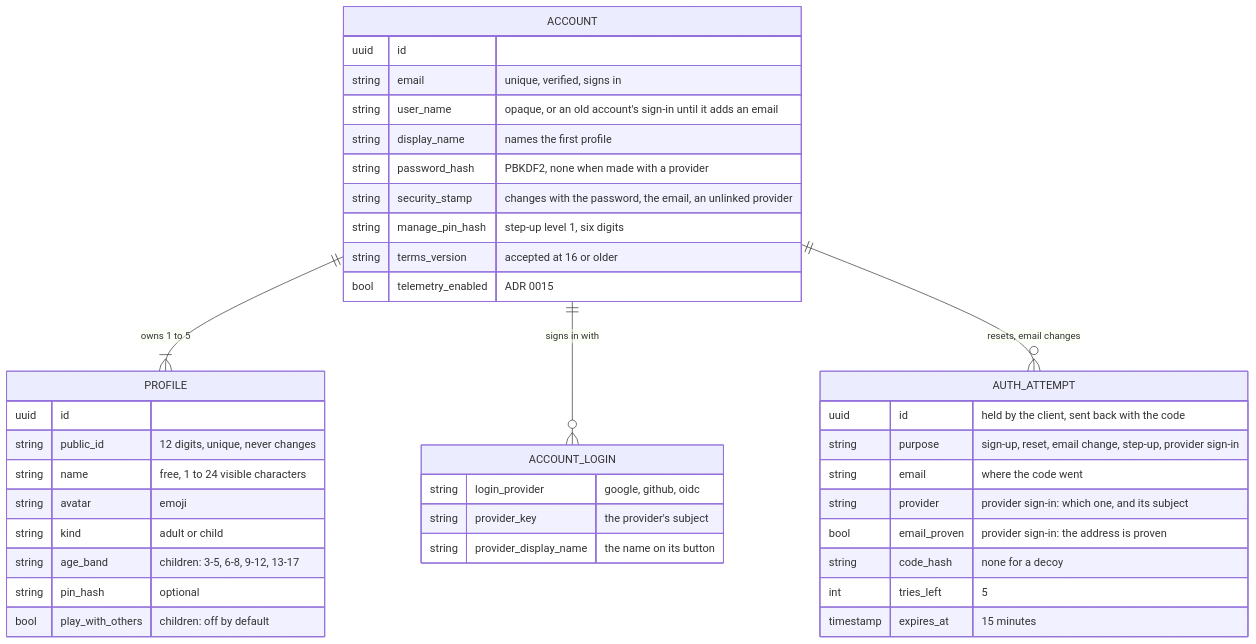
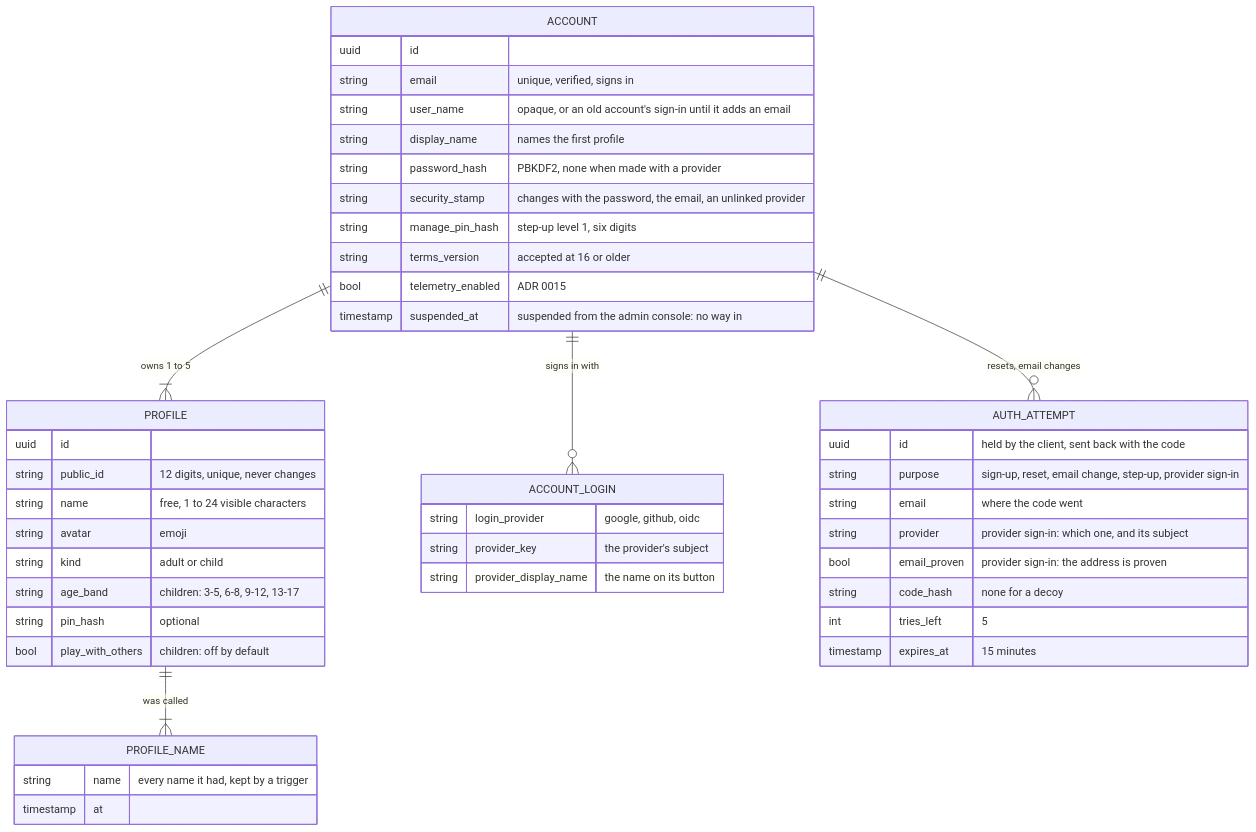
One commit to vinh466/tohe-play changed the first of 10 diagrams in docs/architecture/identity.md. Above: the diagram before and after it, drawn with Mermaid. The commit also changed other lines of this file and 1 other file, not shown here.

First line of the commit message:
docs: the console's users — suspension, roles, profile names

````diff
--- a/docs/architecture/identity.md
+++ b/docs/architecture/identity.md
@@ -17,42 +17,48 @@
 ```mermaid
 erDiagram
   ACCOUNT ||--|{ PROFILE : "owns 1 to 5"
+  PROFILE ||--|{ PROFILE_NAME : "was called"
   ACCOUNT ||--o{ ACCOUNT_LOGIN : "signs in with"
   ACCOUNT ||--o{ AUTH_ATTEMPT : "resets, email changes"
   ACCOUNT {
     uuid id
     string email "unique, verified, signs in"
     string user_name "opaque, or an old account's sign-in until it adds an email"
     string display_name "names the first profile"
     string password_hash "PBKDF2, none when made with a provider"
     string security_stamp "changes with the password, the email, an unlinked provider"
     string manage_pin_hash "step-up level 1, six digits"
     string terms_version "accepted at 16 or older"
     bool telemetry_enabled "ADR 0015"
+    timestamp suspended_at "suspended from the admin console: no way in"
   }
   ACCOUNT_LOGIN {
     string login_provider "google, github, oidc"
     string provider_key "the provider's subject"
     string provider_display_name "the name on its button"
+  }
+  PROFILE_NAME {
+    string name "every name it had, kept by a trigger"
+    timestamp at
   }
   PROFILE {
     uuid id
     string public_id "12 digits, unique, never changes"
     string name "free, 1 to 24 visible characters"
     string avatar "emoji"
     string kind "adult or child"
     string age_band "children: 3-5, 6-8, 9-12, 13-17"
     string pin_hash "optional"
     bool play_with_others "children: off by default"
   }
   AUTH_ATTEMPT {
     uuid id "held by the client, sent back with the code"
     string purpose "sign-up, reset, email change, step-up, provider sign-in"
     string email "where the code went"
     string provider "provider sign-in: which one, and its subject"
     bool email_proven "provider sign-in: the address is proven"
     string code_hash "none for a decoy"
     int tries_left "5"
     timestamp expires_at "15 minutes"
   }
 ```
````
